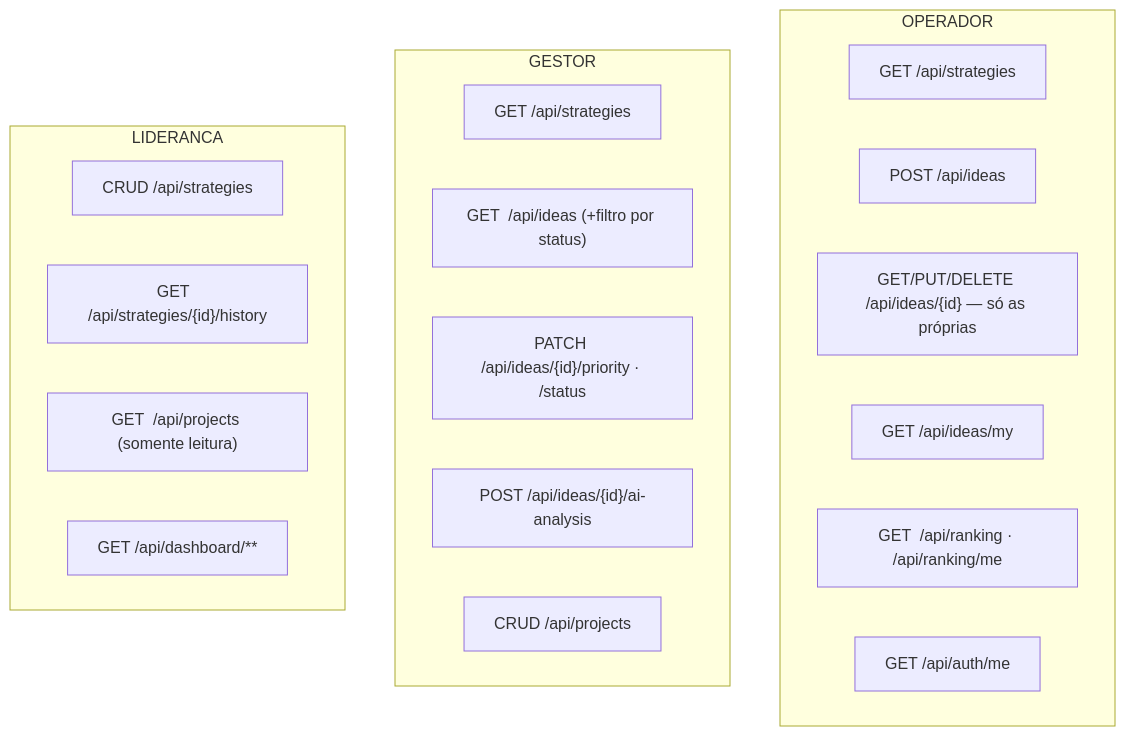
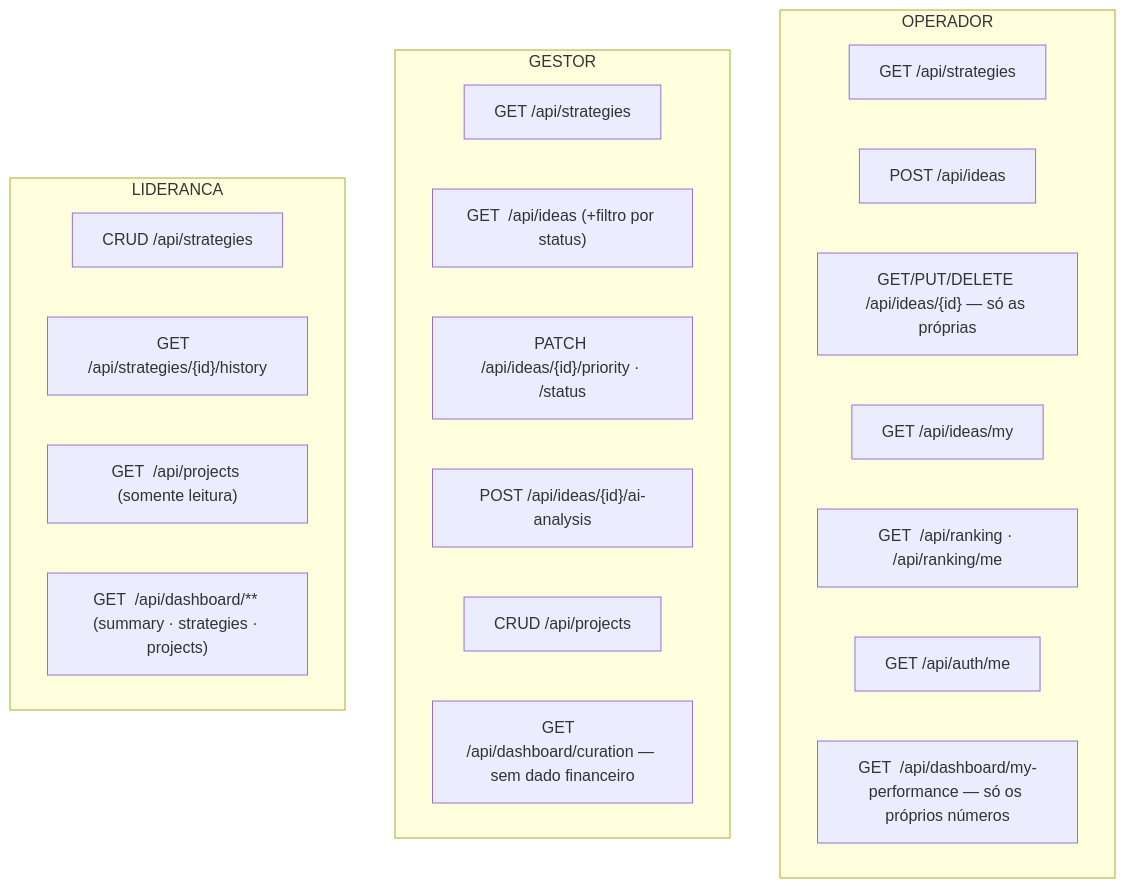
Before and after one commit to vlorenco/inova-gab: the fifth of 6 diagrams in docs/architecture.md, drawn with Mermaid. The commit also changed other lines of this file and 96 other files, not shown here.

````diff
--- a/docs/architecture.md
+++ b/docs/architecture.md
@@ -157,24 +158,26 @@
 ```mermaid
 flowchart TD
     subgraph OPERADOR
         O1["GET  /api/strategies"]
         O2["POST /api/ideas"]
         O3["GET/PUT/DELETE /api/ideas/{id} — só as próprias"]
         O4["GET  /api/ideas/my"]
         O5["GET  /api/ranking · /api/ranking/me"]
         O6["GET  /api/auth/me"]
+        O7["GET  /api/dashboard/my-performance — só os próprios números"]
     end
     subgraph GESTOR
         G1["GET  /api/strategies"]
         G2["GET  /api/ideas (+filtro por status)"]
         G3["PATCH /api/ideas/{id}/priority · /status"]
         G4["POST /api/ideas/{id}/ai-analysis"]
         G5["CRUD /api/projects"]
+        G6["GET  /api/dashboard/curation — sem dado financeiro"]
     end
     subgraph LIDERANCA
         L1["CRUD /api/strategies"]
         L2["GET  /api/strategies/{id}/history"]
         L3["GET  /api/projects (somente leitura)"]
-        L4["GET  /api/dashboard/**"]
+        L4["GET  /api/dashboard/** (summary · strategies · projects)"]
     end
 ```
````
